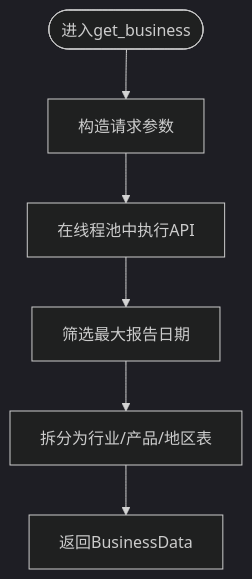
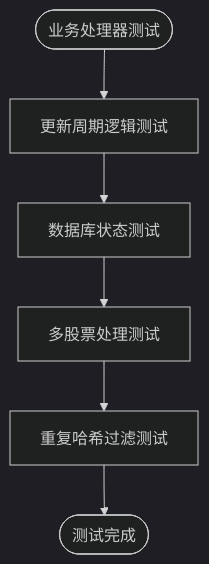
One commit to iverwong/DataLife changed the fourth of 6 diagrams in .qoder/repowiki/zh/content/测试策略/测试策略.md. Above: the diagram before and after it, drawn with Mermaid (dark theme). The commit also changed other lines of this file and 6 other files, not shown here.

````diff
--- a/.qoder/repowiki/zh/content/测试策略/测试策略.md
+++ b/.qoder/repowiki/zh/content/测试策略/测试策略.md
@@ -243,8 +190,8 @@
 ```mermaid
 flowchart TD
-StartD(["进入get_business"]) --> BuildParam["构造请求参数"]
-BuildParam --> ThreadExec["在线程池中执行API"]
-ThreadExec --> FilterMax["筛选最大报告日期"]
-FilterMax --> SplitTables["拆分为行业/产品/地区表"]
-SplitTables --> ReturnD["返回BusinessData"]
+StartB(["业务处理器测试"]) --> UpdateLogic["更新周期逻辑测试"]
+UpdateLogic --> DatabaseState["数据库状态测试"]
+DatabaseState --> MultiStockB["多股票处理测试"]
+MultiStockB --> HashFilter["重复哈希过滤测试"]
+HashFilter --> EndB(["测试完成"])
 ```
````
